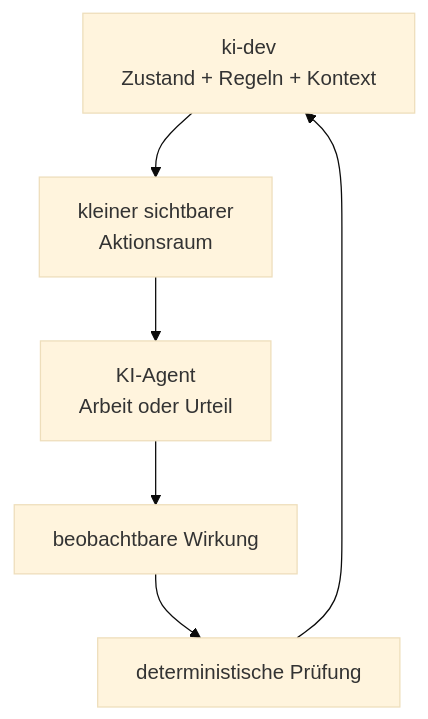
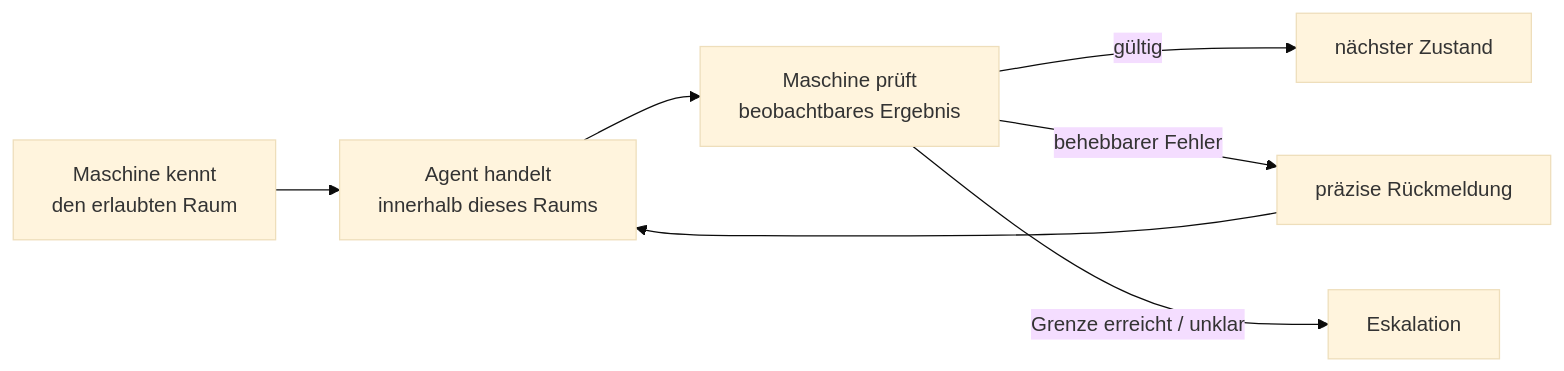
One commit to blaumohn/ki-dev changed the first of 6 diagrams in README.md. Above: the diagram before and after it, drawn with Mermaid (base theme). The commit also changed other lines of this file, not shown here.

````diff
--- a/README.md
+++ b/README.md
@@ -88,10 +169,12 @@
 ```mermaid
-flowchart TB
-    M["ki-dev<br/>Zustand + Regeln + Kontext"]
-    P["kleiner sichtbarer<br/>Aktionsraum"]
-    A["KI-Agent<br/>Arbeit oder Urteil"]
-    O["beobachtbare Wirkung"]
-    V["deterministische Prüfung"]
+flowchart LR
+    S["Maschine kennt<br/>den erlaubten Raum"]
+    A["Agent handelt<br/>innerhalb dieses Raums"]
+    V["Maschine prüft<br/>beobachtbares Ergebnis"]
 
-    M --> P --> A --> O --> V --> M
+    S --> A --> V
+    V -->|"gültig"| N["nächster Zustand"]
+    V -->|"behebbarer Fehler"| F["präzise Rückmeldung"]
+    F --> A
+    V -->|"Grenze erreicht / unklar"| E["Eskalation"]
 ```
````
